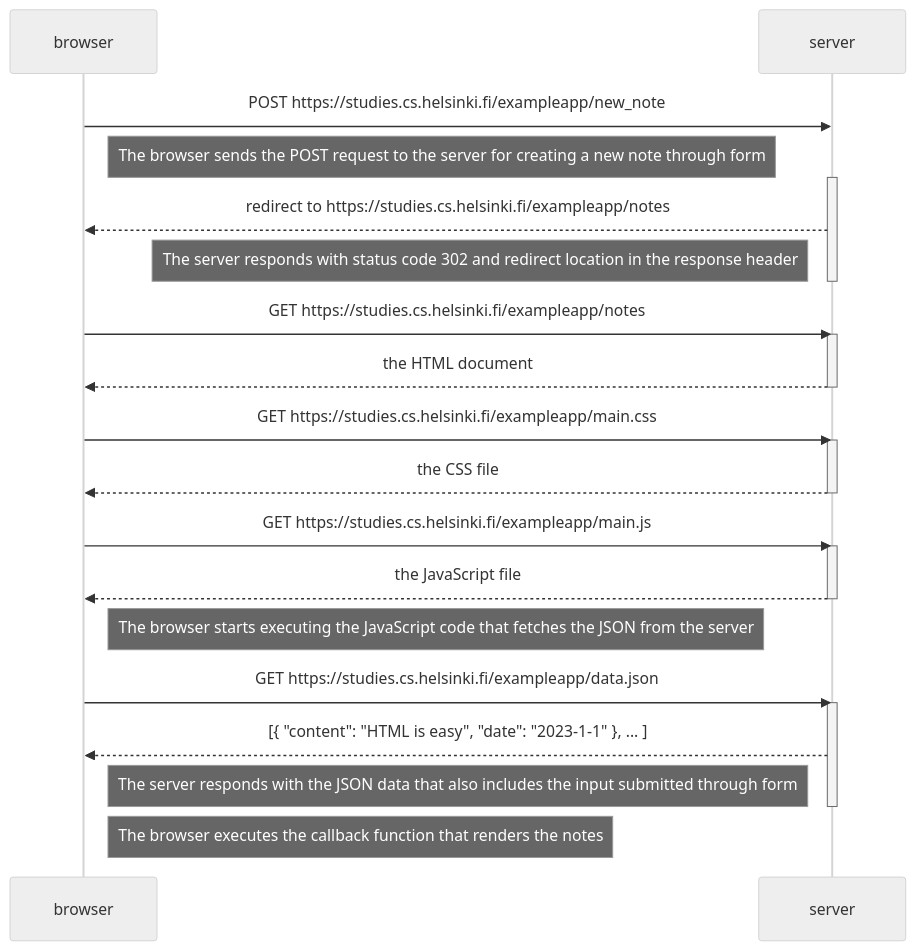
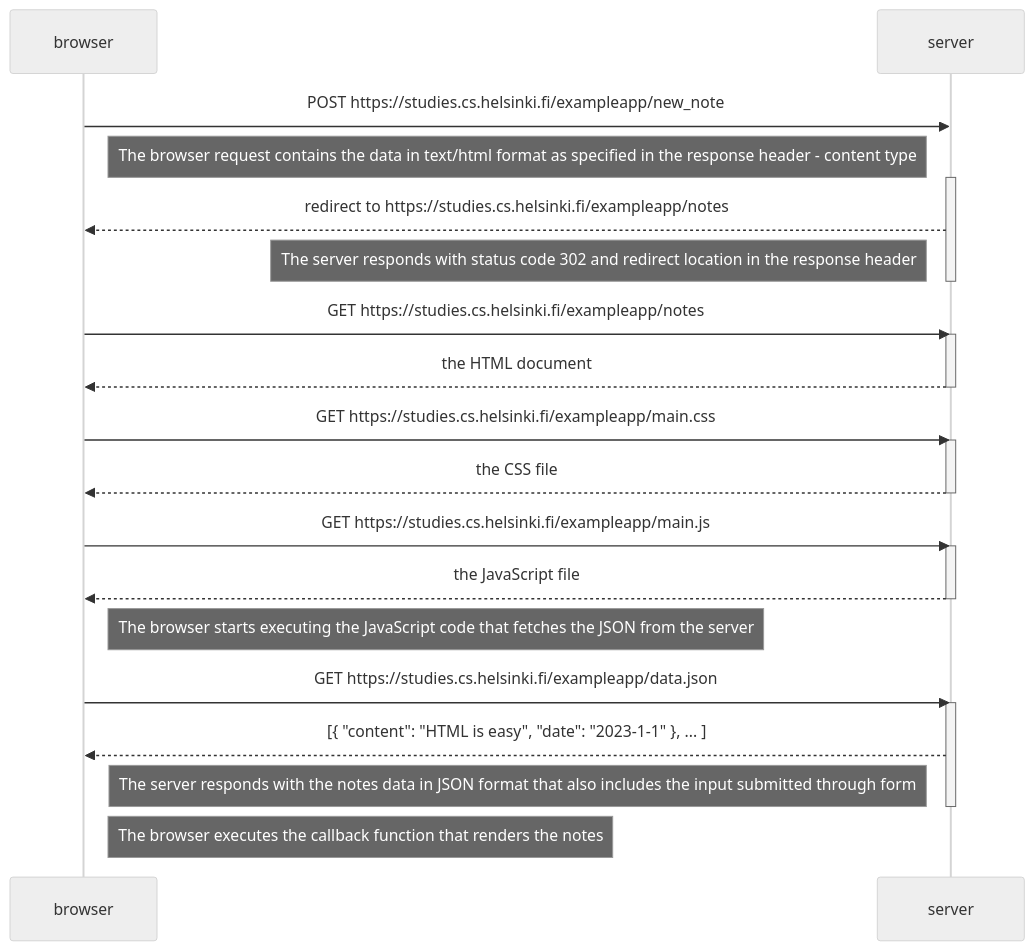
The diagram in part0/0-4_new_note.md (mahrukh98/fso-adventure), drawn with Mermaid (neutral theme) before and after one commit.

Commit message:
update the notes text

````diff
--- a/part0/0-4_new_note.md
+++ b/part0/0-4_new_note.md
@@ -1,42 +1,37 @@
 ```mermaid
 sequenceDiagram
     participant browser
     participant server
 
     browser->>server: POST https://studies.cs.helsinki.fi/exampleapp/new_note
-    Note right of browser: The browser sends the POST request to the server for creating a new note through form
-
+    Note right of browser: The browser request contains the data in text/html format as specified in the response header - content type 
     activate server
     server-->>browser: redirect to https://studies.cs.helsinki.fi/exampleapp/notes
     Note left of server: The server responds with status code 302 and redirect location in the response header
-
     deactivate server
 
     browser->>server: GET https://studies.cs.helsinki.fi/exampleapp/notes
     activate server
     server-->>browser: the HTML document
     deactivate server
 
     browser->>server: GET https://studies.cs.helsinki.fi/exampleapp/main.css
     activate server
     server-->>browser: the CSS file
     deactivate server
 
     browser->>server: GET https://studies.cs.helsinki.fi/exampleapp/main.js
     activate server
     server-->>browser: the JavaScript file
     deactivate server
 
-
     Note right of browser: The browser starts executing the JavaScript code that fetches the JSON from the server
-
     browser->>server: GET https://studies.cs.helsinki.fi/exampleapp/data.json
     activate server
     server-->>browser: [{ "content": "HTML is easy", "date": "2023-1-1" }, ... ]
-    Note left of server: The server responds with the JSON data that also includes the input submitted through form
-
+    Note left of server: The server responds with the notes data in JSON format that also includes the input submitted through form
     deactivate server
 
     Note right of browser: The browser executes the callback function that renders the notes
   
 ```
````
